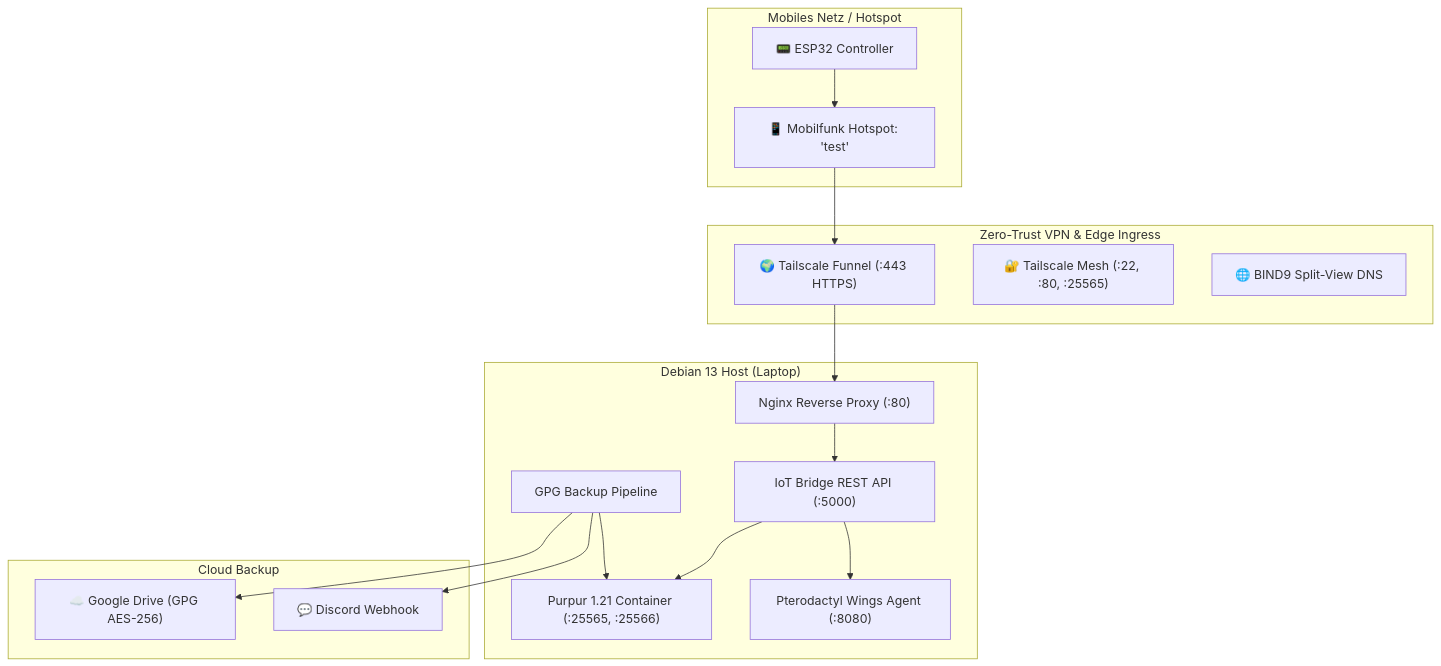
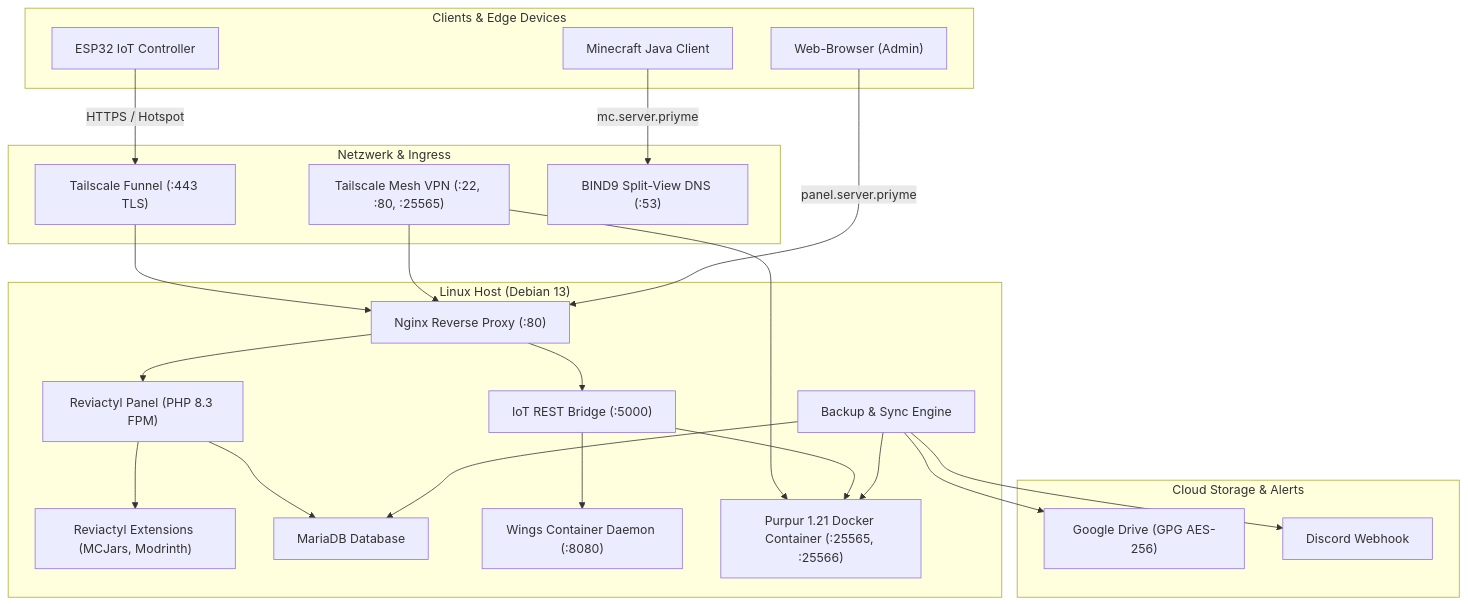
Before and after one commit to PrIyme2/minecraft-iot-server: the diagram in README.md, drawn with Mermaid. The commit also changed other lines of this file and 31 other files, not shown here.

Commit message:
docs: add Reviactyl extensions, reduce emojis and provide complete reproducible build guide

````diff
--- a/README.md
+++ b/README.md
@@ -17,36 +27,48 @@
 ```mermaid
 graph TD
-    subgraph Edge ["Mobiles Netz / Hotspot"]
-        ESP["📟 ESP32 Controller"]
-        Hotspot["📱 Mobilfunk Hotspot: 'test'"]
-        ESP --> Hotspot
+    subgraph Client ["Clients & Edge Devices"]
+        ESP["ESP32 IoT Controller"]
+        Player["Minecraft Java Client"]
+        Browser["Web-Browser (Admin)"]
     end
 
-    subgraph Ingress ["Zero-Trust VPN & Edge Ingress"]
-        Funnel["🌍 Tailscale Funnel (:443 HTTPS)"]
-        Mesh["🔐 Tailscale Mesh (:22, :80, :25565)"]
-        SplitDNS["🌐 BIND9 Split-View DNS"]
-        Hotspot --> Funnel
+    subgraph Network ["Netzwerk & Ingress"]
+        Funnel["Tailscale Funnel (:443 TLS)"]
+        Mesh["Tailscale Mesh VPN (:22, :80, :25565)"]
+        DNS["BIND9 Split-View DNS (:53)"]
     end
 
-    subgraph Host ["Debian 13 Host (Laptop)"]
+    subgraph Host ["Linux Host (Debian 13)"]
         Nginx["Nginx Reverse Proxy (:80)"]
-        Bridge["IoT Bridge REST API (:5000)"]
-        DockerMC["Purpur 1.21 Container (:25565, :25566)"]
-        Wings["Pterodactyl Wings Agent (:8080)"]
-        Backup["GPG Backup Pipeline"]
+        Bridge["IoT REST Bridge (:5000)"]
+        Panel["Reviactyl Panel (PHP 8.3 FPM)"]
+        Extensions["Reviactyl Extensions (MCJars, Modrinth)"]
+        DB["MariaDB Database"]
+        Wings["Wings Container Daemon (:8080)"]
+        DockerMC["Purpur 1.21 Docker Container (:25565, :25566)"]
+        Backup["Backup & Sync Engine"]
 
         Funnel --> Nginx
+        Mesh --> Nginx
+        Mesh --> DockerMC
         Nginx --> Bridge
+        Nginx --> Panel
+        Panel --> Extensions
+        Panel --> DB
         Bridge --> Wings
         Bridge --> DockerMC
         Backup --> DockerMC
+        Backup --> DB
     end
 
-    subgraph Storage ["Cloud Backup"]
-        GDrive["☁️ Google Drive (GPG AES-256)"]
-        Discord["💬 Discord Webhook"]
+    subgraph Storage ["Cloud Storage & Alerts"]
+        GDrive["Google Drive (GPG AES-256)"]
+        Discord["Discord Webhook"]
         Backup --> GDrive
         Backup --> Discord
     end
+
+    ESP -->|"HTTPS / Hotspot"| Funnel
+    Player -->|"mc.server.priyme"| DNS
+    Browser -->|"panel.server.priyme"| Nginx
 ```
````
